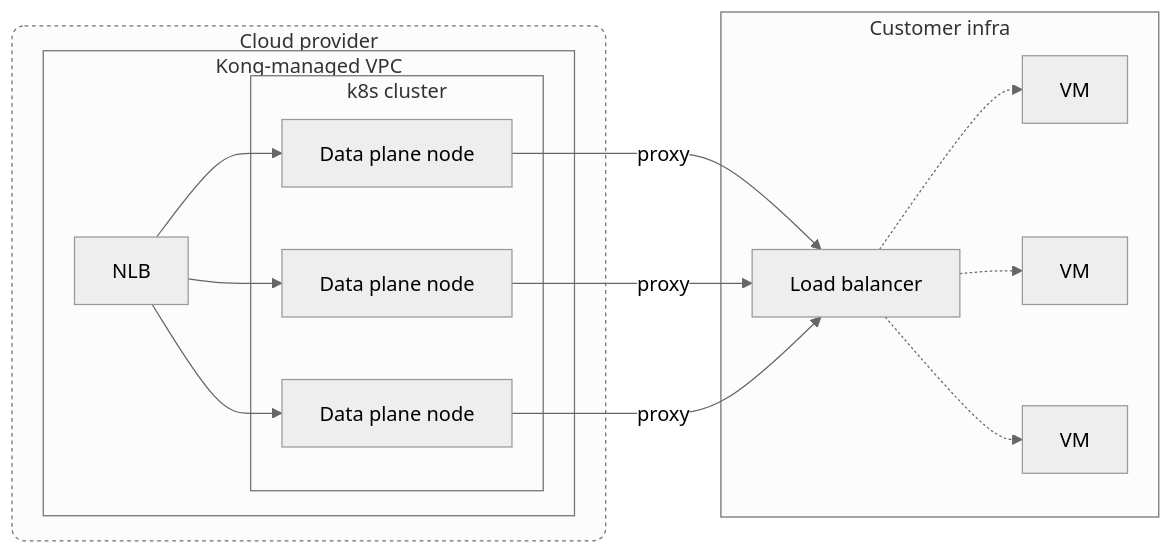
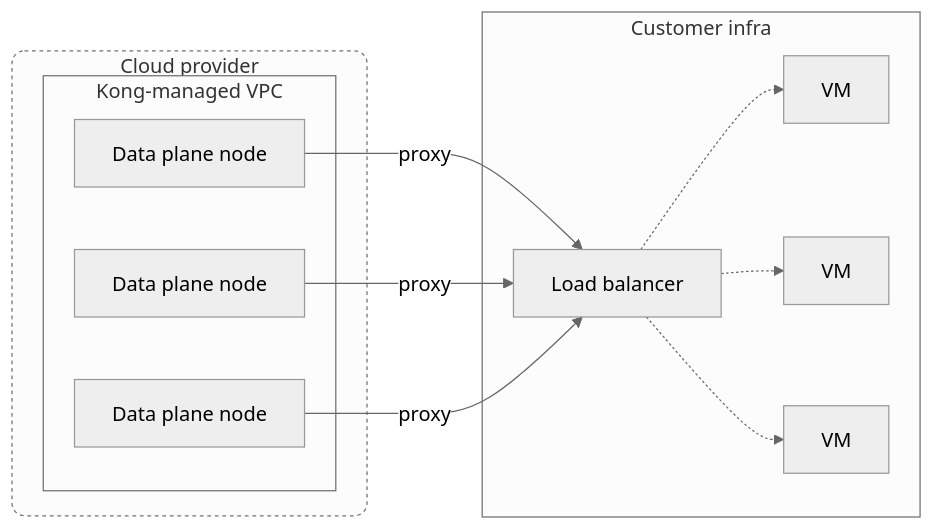
Before and after one commit to Kong/developer.konghq.com: the first of 2 diagrams in app/dedicated-cloud-gateways/public-network.md, drawn with Mermaid (neutral theme). The commit also changed other lines of this file and 1 other file, not shown here.

Commit message:
remove mentions of nlb and k8s infra

```diff
--- a/app/dedicated-cloud-gateways/public-network.md
+++ b/app/dedicated-cloud-gateways/public-network.md
@@ -50,32 +49,26 @@
 {% mermaid %}
 flowchart LR
     subgraph kong_account["Cloud provider"]
-      nlb["NLB"]
         subgraph kong_vpc["Kong-managed VPC"]
-            subgraph k8s["k8s cluster"]
                 dp1["Data plane node"]
                 dp2["Data plane node"]
                 dp3["Data plane node"]
-            end
-            nlb --> dp1
-            nlb --> dp2
-            nlb --> dp3
         end
     end
 
     subgraph customer_infra["Customer infra"]
         lb["Load balancer"]
         vm1["VM"]
         vm2["VM"]
         vm3["VM"]
         lb -.-> vm1
         lb -.-> vm2
         lb -.-> vm3
     end
 
     dp1 --proxy--> lb
     dp2 --proxy--> lb
     dp3 --proxy--> lb
 
     style kong_account stroke-dasharray:3,rx:10,ry:10
 {% endmermaid %}
```
